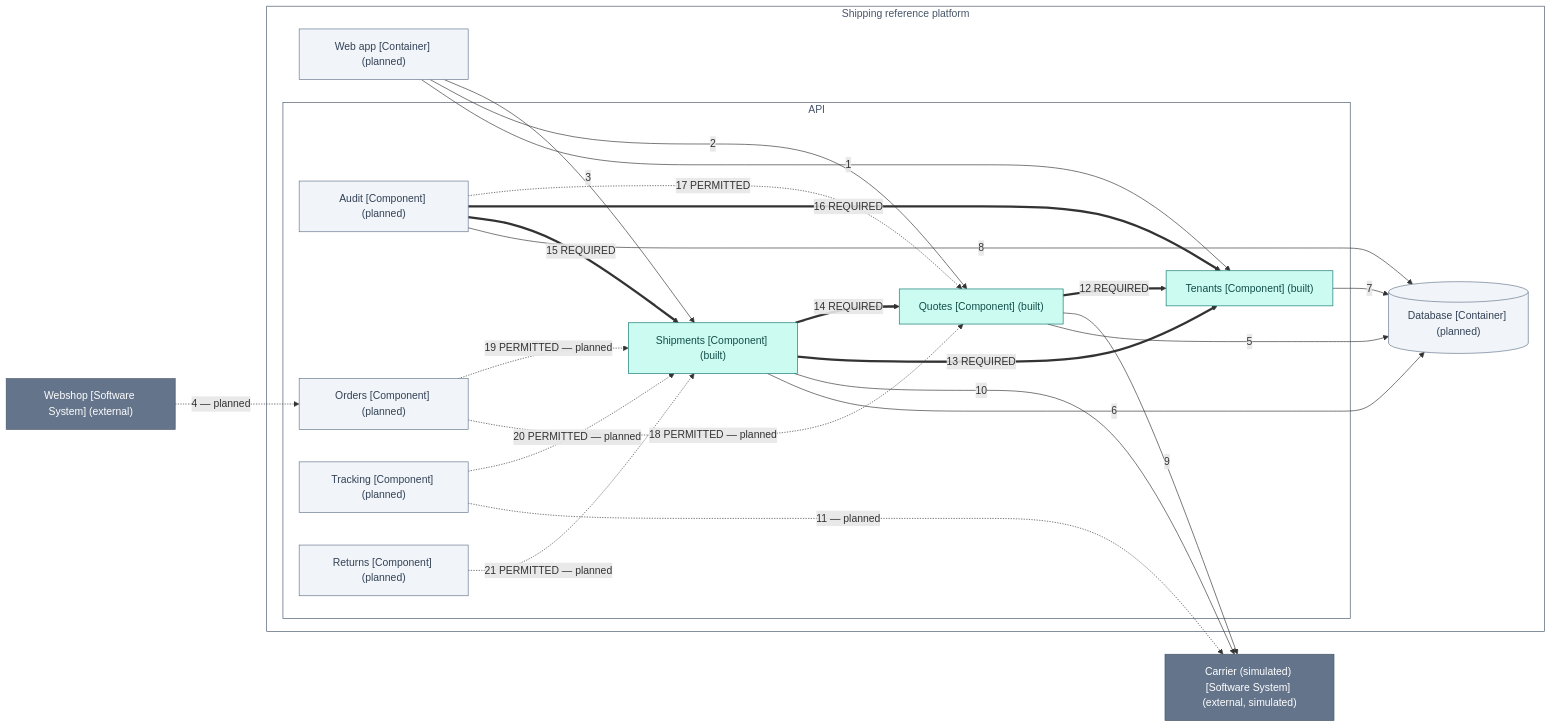
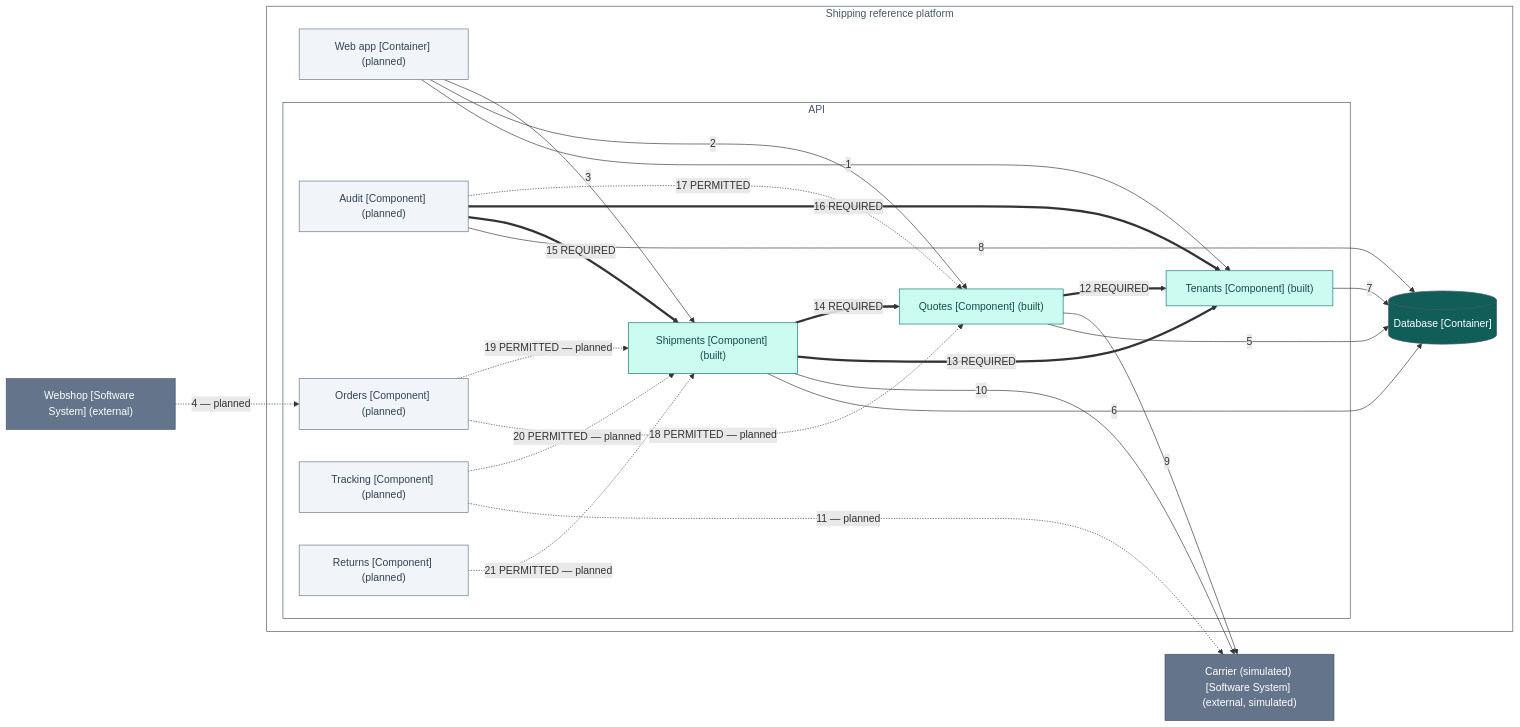
The diagram in docs/architecture/api-components.mmd (Stig-Johnny/shipping-reference-platform), drawn with Mermaid before and after one commit. The commit also changed 47 other files, not shown here.

```diff
--- a/docs/architecture/api-components.mmd
+++ b/docs/architecture/api-components.mmd
@@ -1,53 +1,53 @@
 %% Generated—do not hand-edit. Source: architecture/workspace.dsl, view ApiComponents.
 flowchart LR
     accTitle: Components of the API
     accDescr: Component view with 11 elements and 21 relationships. The tables on the page list every one of them.
     3["Webshop [Software System] (external)"]
     style 3 fill:#64748b,stroke:#475569,color:#ffffff
     4["Carrier (simulated) [Software System] (external, simulated)"]
     style 4 fill:#64748b,stroke:#475569,color:#ffffff
     subgraph 5 ["Shipping reference platform"]
         style 5 fill:#ffffff,stroke:#475569,color:#475569
         subgraph 13 ["API"]
             style 13 fill:#ffffff,stroke:#475569,color:#475569
             14["Quotes [Component] (built)"]
             style 14 fill:#ccfbf1,stroke:#0f766e,color:#134e4a
             15["Shipments [Component] (built)"]
             style 15 fill:#ccfbf1,stroke:#0f766e,color:#134e4a
             16["Tenants [Component] (built)"]
             style 16 fill:#ccfbf1,stroke:#0f766e,color:#134e4a
             17["Audit [Component] (planned)"]
             style 17 fill:#f1f5f9,stroke:#64748b,color:#334155
             18["Orders [Component] (planned)"]
             style 18 fill:#f1f5f9,stroke:#64748b,color:#334155
             19["Tracking [Component] (planned)"]
             style 19 fill:#f1f5f9,stroke:#64748b,color:#334155
             20["Returns [Component] (planned)"]
             style 20 fill:#f1f5f9,stroke:#64748b,color:#334155
         end
-        21[("Database [Container] (planned)")]
-        style 21 fill:#f1f5f9,stroke:#64748b,color:#334155
+        21[("Database [Container]")]
+        style 21 fill:#115e59,stroke:#475569,color:#ffffff
         6["Web app [Container] (planned)"]
         style 6 fill:#f1f5f9,stroke:#64748b,color:#334155
     end
     6 -->|"1"| 16
     6 -->|"2"| 14
     6 -->|"3"| 15
     3 -.->|"4 — planned"| 18
     14 -->|"5"| 21
     15 -->|"6"| 21
     16 -->|"7"| 21
     17 -->|"8"| 21
     14 -->|"9"| 4
     15 -->|"10"| 4
     19 -.->|"11 — planned"| 4
     14 ==>|"12 REQUIRED"| 16
     15 ==>|"13 REQUIRED"| 16
     15 ==>|"14 REQUIRED"| 14
     17 ==>|"15 REQUIRED"| 15
     17 ==>|"16 REQUIRED"| 16
     17 -.->|"17 PERMITTED"| 14
     18 -.->|"18 PERMITTED — planned"| 14
     18 -.->|"19 PERMITTED — planned"| 15
     19 -.->|"20 PERMITTED — planned"| 15
     20 -.->|"21 PERMITTED — planned"| 15
```
